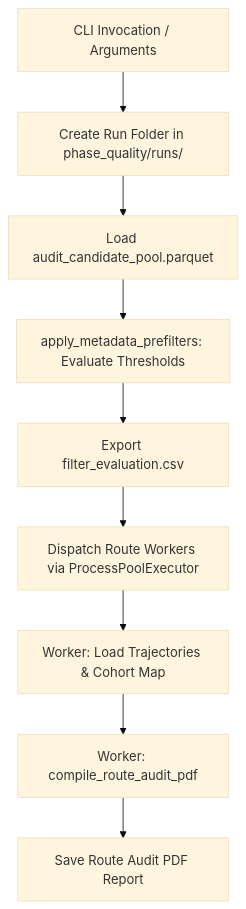
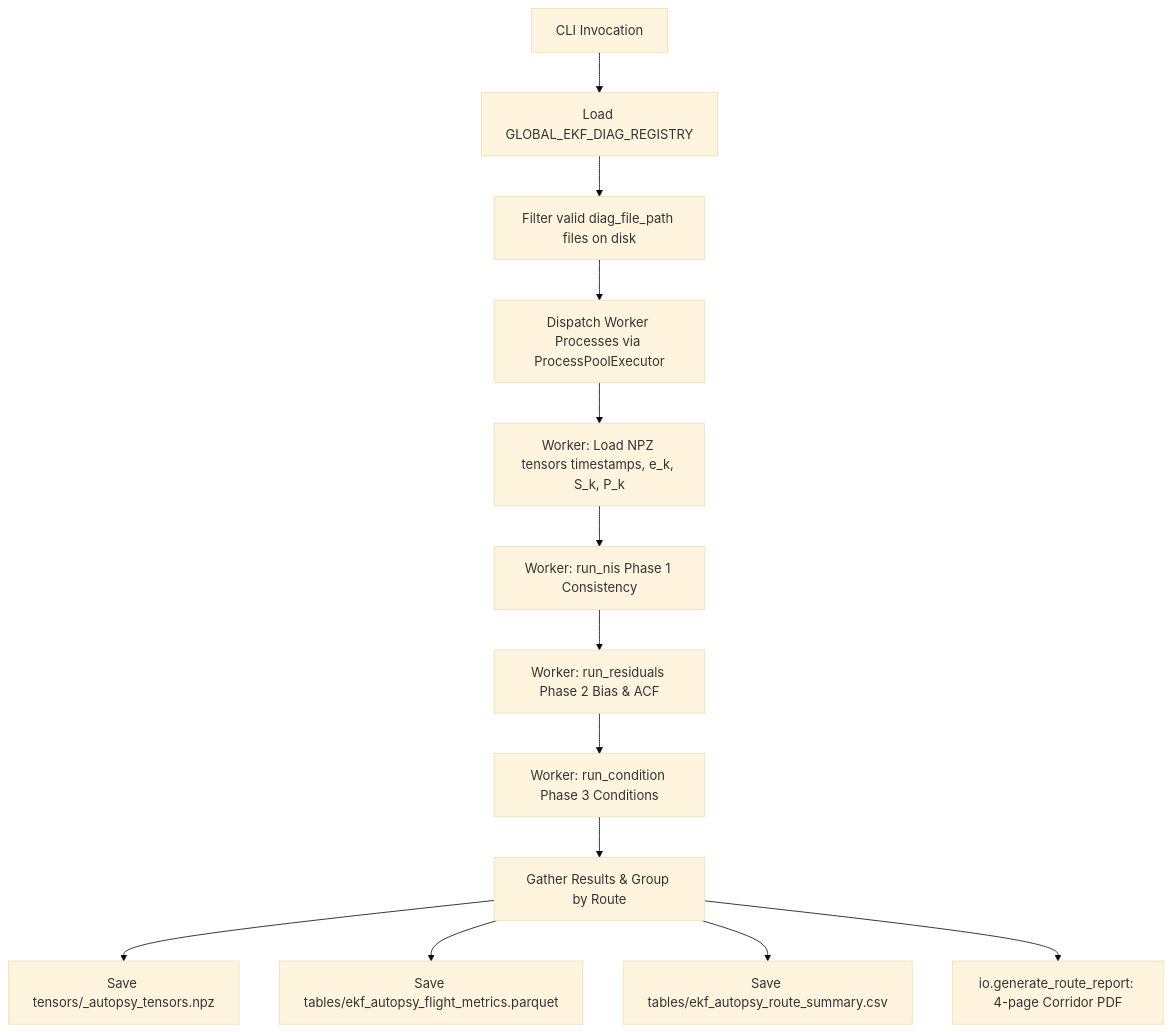
The third of 3 diagrams in src/analysis/campaigns/phase_quality/README.md (Bauzement123/flight-physics-pipeline), drawn with Mermaid (base theme) before and after one commit. The commit also changed other lines of this file and 5 other files, not shown here.

````diff
--- a/src/analysis/campaigns/phase_quality/README.md
+++ b/src/analysis/campaigns/phase_quality/README.md
@@ -85,11 +142,15 @@
 ```mermaid
 flowchart TD
-    A[CLI Invocation / Arguments] --> B[Create Run Folder in phase_quality/runs/]
-    B --> C[Load audit_candidate_pool.parquet]
-    C --> D[apply_metadata_prefilters: Evaluate Thresholds]
-    D --> E[Export filter_evaluation.csv]
-    E --> F[Dispatch Route Workers via ProcessPoolExecutor]
-    F --> G[Worker: Load Trajectories & Cohort Map]
-    G --> H[Worker: compile_route_audit_pdf]
-    H --> I[Save Route Audit PDF Report]
+    A[CLI Invocation] --> B[Load GLOBAL_EKF_DIAG_REGISTRY]
+    B --> C[Filter valid diag_file_path files on disk]
+    C --> D[Dispatch Worker Processes via ProcessPoolExecutor]
+    D --> E[Worker: Load NPZ tensors timestamps, e_k, S_k, P_k]
+    E --> F[Worker: run_nis Phase 1 Consistency]
+    F --> G[Worker: run_residuals Phase 2 Bias & ACF]
+    G --> H[Worker: run_condition Phase 3 Conditions]
+    H --> I[Gather Results & Group by Route]
+    I --> J[Save tensors/<route_id>_autopsy_tensors.npz]
+    I --> K[Save tables/ekf_autopsy_flight_metrics.parquet]
+    I --> L[Save tables/ekf_autopsy_route_summary.csv]
+    I --> M[io.generate_route_report: 4-page Corridor PDF]
 ```
````
